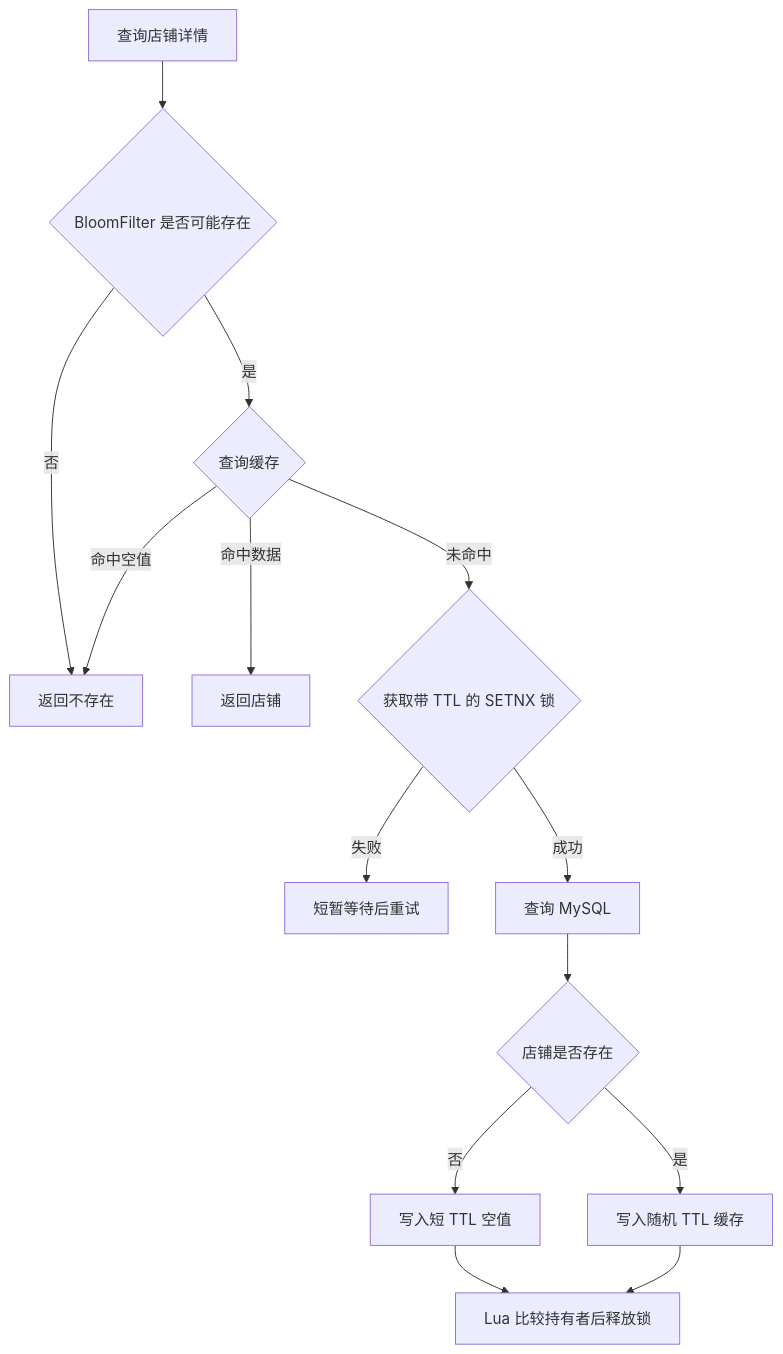
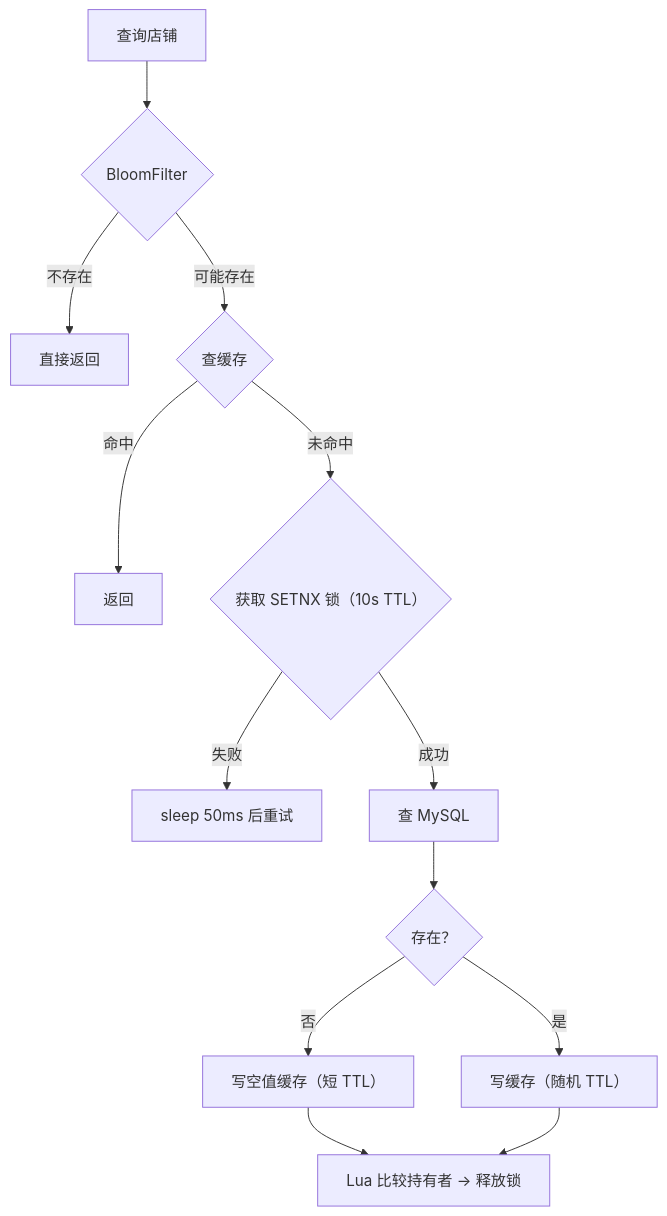
The first of 5 diagrams in README.md (llyyyq/niche-review), drawn with Mermaid before and after one commit. The commit also changed other lines of this file and 44 other files, not shown here.

````diff
--- a/README.md
+++ b/README.md
@@ -82,16 +100,15 @@
 ```mermaid
 flowchart TD
-    A["查询店铺详情"] --> B{"BloomFilter 是否可能存在"}
-    B -- "否" --> C["返回不存在"]
-    B -- "是" --> D{"查询缓存"}
-    D -- "命中数据" --> E["返回店铺"]
-    D -- "命中空值" --> C
-    D -- "未命中" --> F{"获取带 TTL 的 SETNX 锁"}
-    F -- "失败" --> G["短暂等待后重试"]
-    F -- "成功" --> H["查询 MySQL"]
-    H --> I{"店铺是否存在"}
-    I -- "否" --> J["写入短 TTL 空值"]
-    I -- "是" --> K["写入随机 TTL 缓存"]
-    J --> L["Lua 比较持有者后释放锁"]
+    A["查询店铺"] --> B{"BloomFilter"}
+    B -- "不存在" --> C["直接返回"]
+    B -- "可能存在" --> D{"查缓存"}
+    D -- "命中" --> E["返回"]
+    D -- "未命中" --> F{"获取 SETNX 锁（10s TTL）"}
+    F -- "失败" --> G["sleep 50ms 后重试"]
+    F -- "成功" --> H["查 MySQL"]
+    H --> I{"存在？"}
+    I -- "否" --> J["写空值缓存（短 TTL）"]
+    I -- "是" --> K["写缓存（随机 TTL）"]
+    J --> L["Lua 比较持有者 → 释放锁"]
     K --> L
 ```
````
